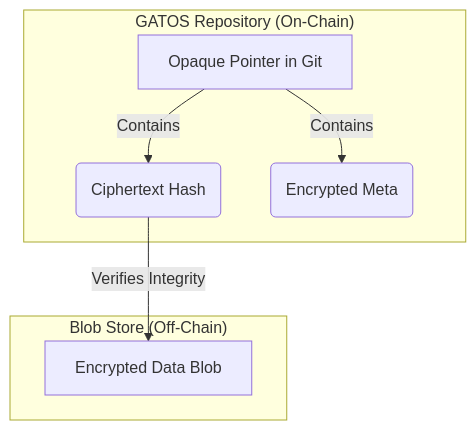
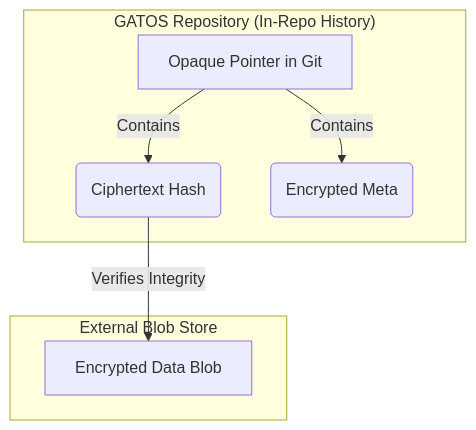
Before and after one commit to flyingrobots/gatos: the diagram in docs/guide/CHAPTER-010.md, drawn with Mermaid. The commit also changed other lines of this file, not shown here.

Commit message:
docs(guide): replace on-chain/off-chain phrasing with in-repo history/external store in CHAPTER-010 for consistency

````diff
--- a/docs/guide/CHAPTER-010.md
+++ b/docs/guide/CHAPTER-010.md
@@ -53,14 +53,14 @@
 ```mermaid
 graph TD
-    subgraph "GATOS Repository (On-Chain)"
+    subgraph "GATOS Repository (In-Repo History)"
         A[Opaque Pointer in Git]
         A -- Contains --> C(Ciphertext Hash);
         A -- Contains --> D(Encrypted Meta);
     end
 
-    subgraph "Blob Store (Off-Chain)"
+    subgraph "External Blob Store"
         E[Encrypted Data Blob]
     end
 
     C -- Verifies Integrity --> E;
 ```
````
